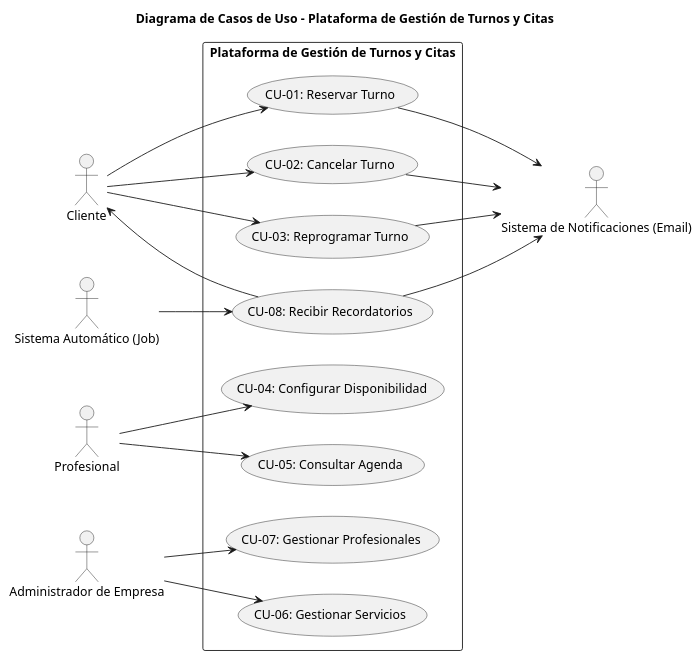
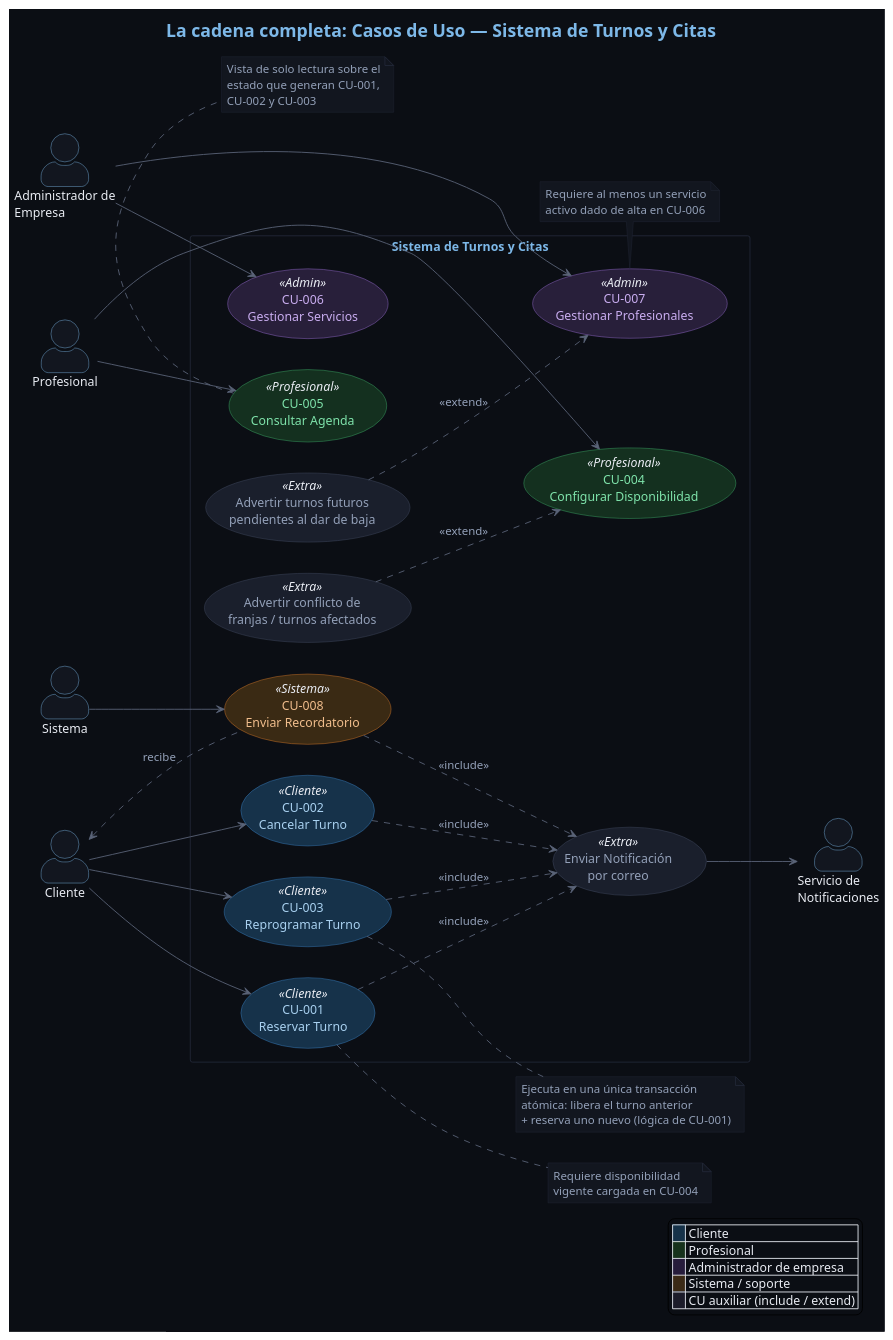
Before and after one commit to Ramirocou/Grupo-03-Sist.-Turnos.: the diagram in diagramas/casos-de-uso.puml, drawn with PlantUML.

Commit message:
Casos de uso quitando el ejemplo 0 y agregando en diagrama temporal de PlantUML

```diff
--- a/diagramas/casos-de-uso.puml
+++ b/diagramas/casos-de-uso.puml
@@ -1,49 +1,141 @@
 @startuml
-title Diagrama de Casos de Uso - Plataforma de Gestión de Turnos y Citas
+left to right direction
+skinparam packageStyle rectangle
+skinparam actorStyle awesome
+skinparam shadowing false
+skinparam defaultFontColor #E8EBF2
+skinparam backgroundColor #0B0E14
 
-left to right direction
-
-' --- Actores ---
-actor "Cliente" as A1
-actor "Profesional" as A2
-actor "Administrador de Empresa" as A3
-actor "Sistema Automático (Job)" as A4
-actor "Sistema de Notificaciones (Email)" as A5
-
-' --- Sistema ---
-rectangle "Plataforma de Gestión de Turnos y Citas" {
-  usecase "CU-01: Reservar Turno" as UC1
-  usecase "CU-02: Cancelar Turno" as UC2
-  usecase "CU-03: Reprogramar Turno" as UC3
-  usecase "CU-04: Configurar Disponibilidad" as UC4
-  usecase "CU-05: Consultar Agenda" as UC5
-  usecase "CU-06: Gestionar Servicios" as UC6
-  usecase "CU-07: Gestionar Profesionales" as UC7
-  usecase "CU-08: Recibir Recordatorios" as UC8
+skinparam title {
+  FontColor #7DB8E8
+  FontSize 20
 }
 
-' --- Relaciones actor-caso de uso ---
-A1 --> UC1
-A1 --> UC2
-A1 --> UC3
+skinparam actor {
+  BackgroundColor #12161F
+  BorderColor #7DB8E8
+  FontColor #E8EBF2
+}
 
-A2 --> UC4
-A2 --> UC5
+skinparam arrow {
+  Color #5A6478
+  FontColor #93A0B8
+}
 
-A3 --> UC6
-A3 --> UC7
+skinparam rectangle {
+  BackgroundColor #0B0E14
+  BorderColor #232838
+  FontColor #7DB8E8
+}
 
-A4 --> UC8
+skinparam note {
+  BackgroundColor #12161F
+  BorderColor #232838
+  FontColor #93A0B8
+}
 
-UC1 --> A5
-UC2 --> A5
-UC3 --> A5
-UC8 --> A5
-UC8 --> A1
+' Colores por grupo de actor (mismo código que el diagrama de trazabilidad)
+skinparam usecase {
+  BackgroundColor<<Cliente>> #16324A
+  BorderColor<<Cliente>> #3B82C4
+  FontColor<<Cliente>> #A9D1F0
 
-' --- Relaciones entre casos de uso ---
-' (En este alcance definido en las historias de usuario no hay dependencias explícitas de tipo <<include>> o <<extend>> en la misma sesión, por lo que esta sección queda en blanco).
-' UC2 .> UC1 : <<include>>
-' UC3 .> UC1 : <<extend>>
+  BackgroundColor<<Profesional>> #14301F
+  BorderColor<<Profesional>> #3FAE6A
+  FontColor<<Profesional>> #7FE3AB
+
+  BackgroundColor<<Admin>> #281F3A
+  BorderColor<<Admin>> #9B6FD6
+  FontColor<<Admin>> #C9ADF0
+
+  BackgroundColor<<Sistema>> #3A2A14
+  BorderColor<<Sistema>> #D97B2A
+  FontColor<<Sistema>> #F0BD8C
+
+  BackgroundColor<<Extra>> #1A1F2C
+  BorderColor<<Extra>> #444D63
+  FontColor<<Extra>> #93A0B8
+}
+
+title La cadena completa: Casos de Uso — Sistema de Turnos y Citas
+
+actor Cliente
+actor Profesional
+actor "Administrador de\nEmpresa" as Admin
+actor "Sistema\n" as Sistema
+actor "Servicio de\nNotificaciones" as Notificaciones
+
+rectangle "Sistema de Turnos y Citas" {
+  usecase "CU-001\nReservar Turno" as UC1 <<Cliente>>
+  usecase "CU-002\nCancelar Turno" as UC2 <<Cliente>>
+  usecase "CU-003\nReprogramar Turno" as UC3 <<Cliente>>
+  usecase "CU-004\nConfigurar Disponibilidad" as UC4 <<Profesional>>
+  usecase "CU-005\nConsultar Agenda" as UC5 <<Profesional>>
+  usecase "CU-006\nGestionar Servicios" as UC6 <<Admin>>
+  usecase "CU-007\nGestionar Profesionales" as UC7 <<Admin>>
+  usecase "CU-008\nEnviar Recordatorio" as UC8 <<Sistema>>
+
+  usecase "Enviar Notificación\npor correo" as UCNotif <<Extra>>
+  usecase "Advertir conflicto de\nfranjas / turnos afectados" as UCWarnDisp <<Extra>>
+  usecase "Advertir turnos futuros\npendientes al dar de baja" as UCWarnProf <<Extra>>
+}
+
+' --- Actores principales ---
+Cliente --> UC1
+Cliente --> UC2
+Cliente --> UC3
+Cliente <.. UC8 : recibe
+
+Profesional --> UC4
+Profesional --> UC5
+
+Admin --> UC6
+Admin --> UC7
+
+Sistema --> UC8
+
+' --- include ---
+UC1 ..> UCNotif : <<include>>
+UC2 ..> UCNotif : <<include>>
+UC3 ..> UCNotif : <<include>>
+UC8 ..> UCNotif : <<include>>
+UCNotif --> Notificaciones
+
+' --- extend (comportamiento opcional/condicional) ---
+UCWarnDisp ..> UC4 : <<extend>>
+UCWarnProf ..> UC7 : <<extend>>
+
+' --- Dependencias funcionales (no son include/extend UML,
+'     se documentan como notas porque una HU/CU necesita
+'     que otra ya exista) ---
+note right of UC1
+  Requiere disponibilidad
+  vigente cargada en CU-004
+end note
+
+note right of UC3
+  Ejecuta en una única transacción
+  atómica: libera el turno anterior
+  + reserva uno nuevo (lógica de CU-001)
+end note
+
+note bottom of UC5
+  Vista de solo lectura sobre el
+  estado que generan CU-001,
+  CU-002 y CU-003
+end note
+
+note bottom of UC7
+  Requiere al menos un servicio
+  activo dado de alta en CU-006
+end note
+
+legend right
+  |<back:#16324A>    </back>| Cliente |
+  |<back:#14301F>    </back>| Profesional |
+  |<back:#281F3A>    </back>| Administrador de empresa |
+  |<back:#3A2A14>    </back>| Sistema / soporte |
+  |<back:#1A1F2C>    </back>| CU auxiliar (include / extend) |
+endlegend
 
 @enduml
```
